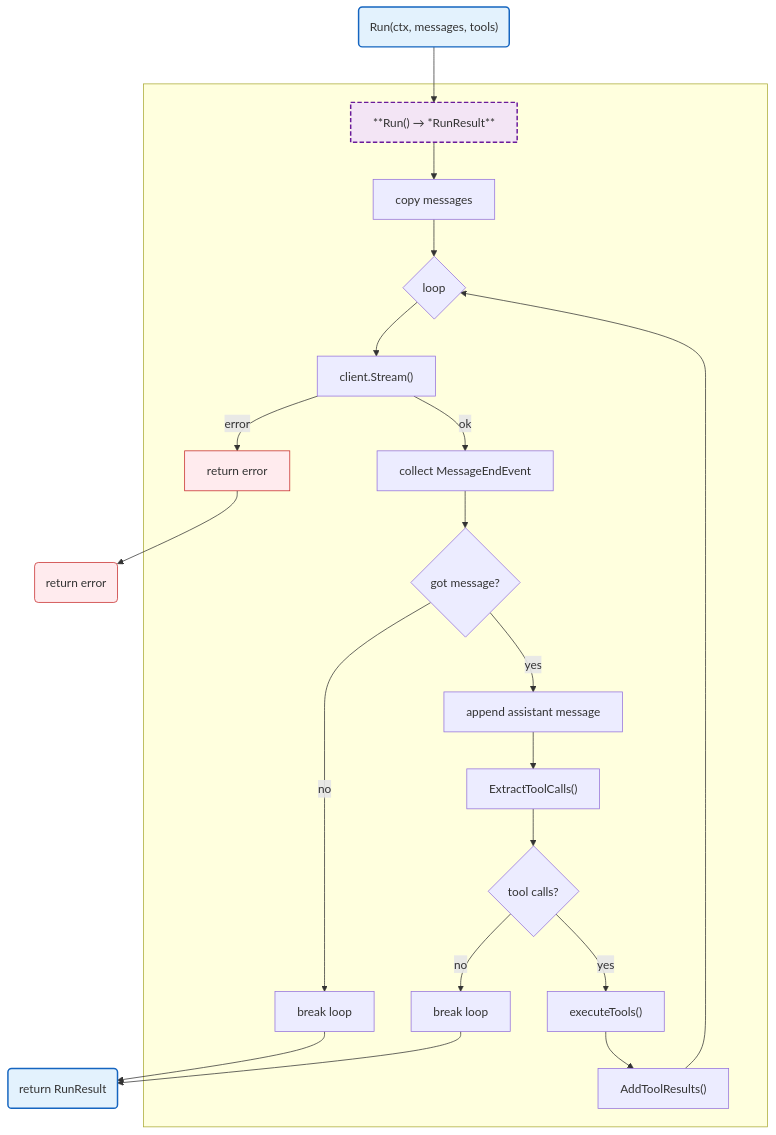
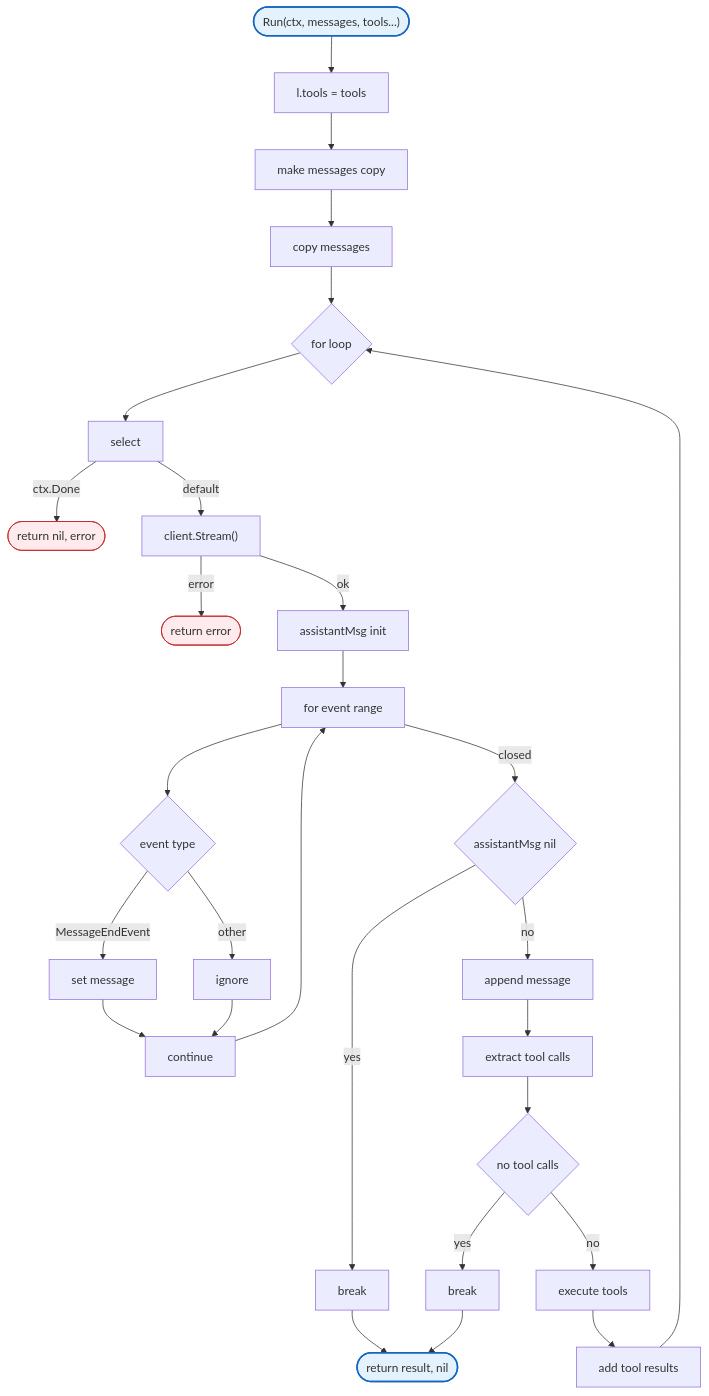
Before and after one commit to radch-ai/ava: the diagram in docs/internal/agent/loop.md, drawn with Mermaid. The commit also changed other lines of this file and 24 other files, not shown here.

````diff
--- a/docs/internal/agent/loop.md
+++ b/docs/internal/agent/loop.md
@@ -7,34 +7,36 @@
 ```mermaid
 flowchart TB
-    Start("Run(ctx, messages, tools)") --> HRun
-
-    subgraph SGRun [" "]
-        HRun["**Run() → *RunResult**"]
-        HRun --> CopyMsgs["copy messages"]
-        CopyMsgs --> LoopStart{loop}
-        LoopStart --> Stream["client.Stream()"]
-        Stream -->|error| ErrStream["return error"]
-        Stream -->|ok| CollectEvents["collect MessageEndEvent"]
-        CollectEvents --> CheckMsg{got message?}
-        CheckMsg -->|no| Break["break loop"]
-        CheckMsg -->|yes| AppendMsg["append assistant message"]
-        AppendMsg --> ExtractTools["ExtractToolCalls()"]
-        ExtractTools --> CheckTools{tool calls?}
-        CheckTools -->|no| Break2["break loop"]
-        CheckTools -->|yes| ExecuteTools["executeTools()"]
-        ExecuteTools --> AddResults["AddToolResults()"]
-        AddResults --> LoopStart
-    end
-
-    Break --> ReturnResult("return RunResult")
-    Break2 --> ReturnResult
-    ErrStream --> Err("return error")
+    Start(["Run(ctx, messages, tools...)"]) --> SetTools["l.tools = tools"]
+    SetTools --> CopyMsgs["make messages copy"]
+    CopyMsgs --> Copy["copy messages"]
+    Copy --> LoopStart{for loop}
+    LoopStart --> SelectCtx["select"]
+    SelectCtx -->|ctx.Done| ReturnCtxErr(["return nil, error"])
+    SelectCtx -->|default| StreamCh["client.Stream()"]
+    StreamCh -->|error| ReturnStreamErr(["return error"])
+    StreamCh -->|ok| InitAssistant["assistantMsg init"]
+    InitAssistant --> ForEvents["for event range"]
+    ForEvents --> CheckEvent{event type}
+    CheckEvent -->|MessageEndEvent| SetAssistant["set message"]
+    CheckEvent -->|other| Ignore["ignore"]
+    SetAssistant --> MoreEvents["continue"]
+    Ignore --> MoreEvents
+    MoreEvents --> ForEvents
+    ForEvents -->|closed| CheckNilMsg{assistantMsg nil}
+    CheckNilMsg -->|yes| BreakLoop["break"]
+    CheckNilMsg -->|no| AppendMsg["append message"]
+    AppendMsg --> ExtractCalls["extract tool calls"]
+    ExtractCalls --> CheckCalls{no tool calls}
+    CheckCalls -->|yes| BreakLoop2["break"]
+    CheckCalls -->|no| ExecuteTools["execute tools"]
+    ExecuteTools --> AddResults["add tool results"]
+    AddResults --> LoopStart
+    BreakLoop --> ReturnResult(["return result, nil"])
+    BreakLoop2 --> ReturnResult
 
     classDef mainFn fill:#e3f2fd,stroke:#1565c0,stroke-width:2px
-    classDef internalFn fill:#f3e5f5,stroke:#6a1b9a,stroke-width:2px,stroke-dasharray:6 3
     classDef errorFlow fill:#ffebee,stroke:#c62828,stroke-width:1px
 
-    class Start,ReturnResult mainFn
-    class HRun internalFn
-    class ErrStream,Err errorFlow
+    class Start,ReturnCtxErr,ReturnStreamErr,ReturnResult mainFn
+    class ReturnCtxErr,ReturnStreamErr errorFlow
 ```
````
